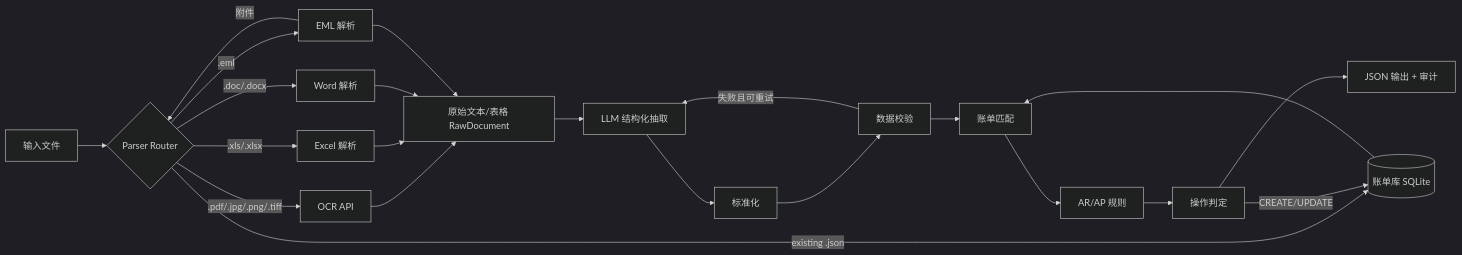
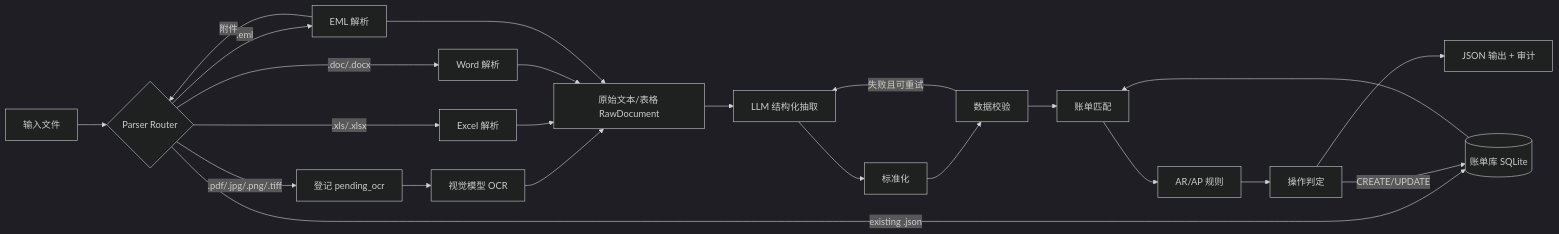
Before and after one commit to asdjk12/Shipping_Bill: the first of 2 diagrams in development.md, drawn with Mermaid (dark theme). The commit also changed other lines of this file and 8 other files, not shown here.

````diff
--- a/development.md
+++ b/development.md
@@ -60,26 +59,27 @@
 ```mermaid
 flowchart LR
     IN[输入文件] --> R{Parser Router}
     R -->|.eml| EML[EML 解析]
     EML -->|附件| R
-    R -->|.pdf/.jpg/.png/.tiff| OCR[OCR API]
+    R -->|.pdf/.jpg/.png/.tiff| PEND[登记 pending_ocr]
+    PEND --> OCR[视觉模型 OCR]
     R -->|.xls/.xlsx| XL[Excel 解析]
     R -->|.doc/.docx| WD[Word 解析]
     R -->|existing .json| DB[(账单库 SQLite)]
 
     OCR --> RAW[原始文本/表格 RawDocument]
     XL --> RAW
     WD --> RAW
     EML --> RAW
 
     RAW --> EX[LLM 结构化抽取]
     EX --> NM[标准化]
     NM --> VA[数据校验]
     VA -->|失败且可重试| EX
     VA --> MT[账单匹配]
     DB --> MT
     MT --> AA[AR/AP 规则]
     AA --> OP[操作判定]
     OP --> OUT[JSON 输出 + 审计]
     OP -->|CREATE/UPDATE| DB
 ```
````
